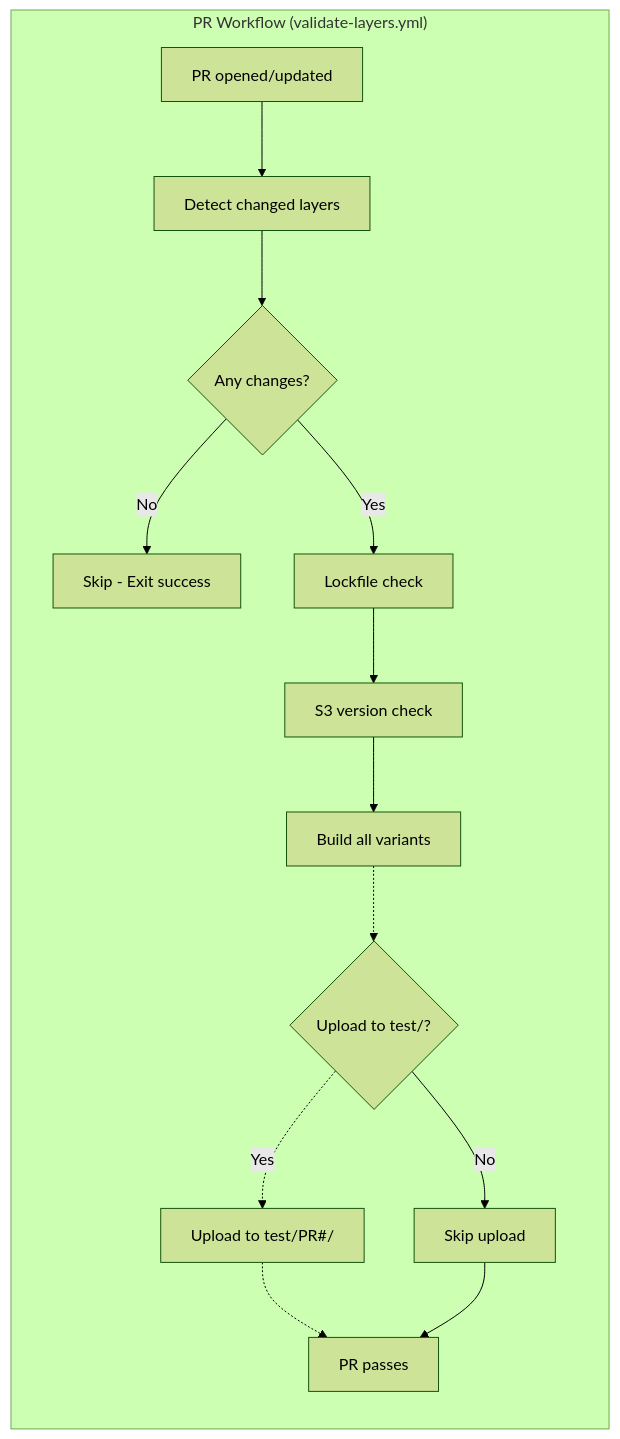
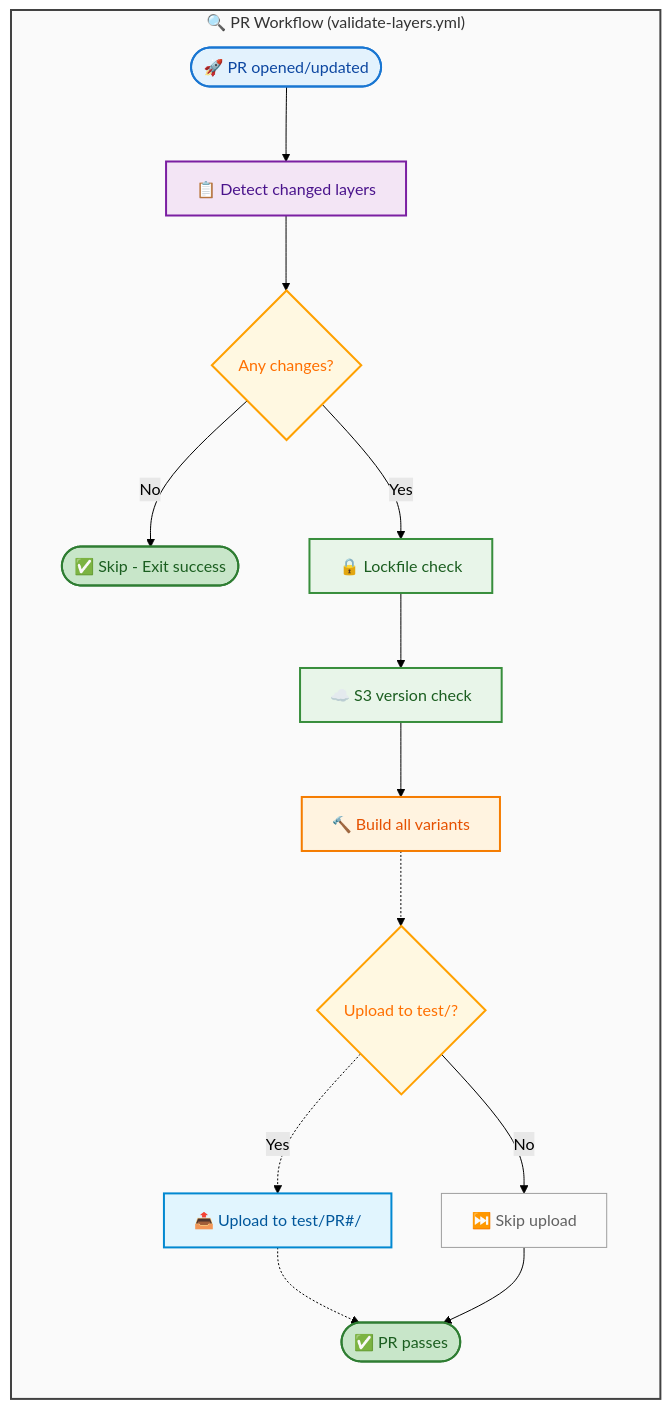
The third of 4 diagrams in README.md (luk-kop/aws-lambda-layers), drawn with Mermaid (forest theme) before and after one commit. The commit also changed other lines of this file, not shown here.

````diff
--- a/README.md
+++ b/README.md
@@ -215,17 +245,28 @@
 ```mermaid
 flowchart TB
-    subgraph PR["PR Workflow (validate-layers.yml)"]
+    subgraph PR["🔍 PR Workflow (validate-layers.yml)"]
         direction TB
-        A[PR opened/updated] --> B[Detect changed layers]
-        B --> C{Any changes?}
-        C -->|No| D[Skip - Exit success]
-        C -->|Yes| E[Lockfile check]
-        E --> F[S3 version check]
-        F --> G[Build all variants]
-        G -.-> H{Upload to test/?}
-        H -.->|Yes| I[Upload to test/PR#/]
-        H -->|No| J[Skip upload]
-        I -.-> K[PR passes]
+        A([🚀 PR opened/updated]):::trigger --> B[📋 Detect changed layers]:::detect
+        B --> C{Any changes?}:::decision
+        C -->|No| D([✅ Skip - Exit success]):::success
+        C -->|Yes| E[🔒 Lockfile check]:::validate
+        E --> F[☁️ S3 version check]:::validate
+        F --> G[🔨 Build all variants]:::build
+        G -.-> H{Upload to test/?}:::decision
+        H -.->|Yes| I[📤 Upload to test/PR#/]:::upload
+        H -->|No| J[⏭️ Skip upload]:::skip
+        I -.-> K([✅ PR passes]):::success
         J --> K
     end
+
+    classDef trigger fill:#e3f2fd,stroke:#1976d2,stroke-width:2px,color:#0d47a1
+    classDef detect fill:#f3e5f5,stroke:#7b1fa2,stroke-width:2px,color:#4a148c
+    classDef decision fill:#fff8e1,stroke:#ffa000,stroke-width:2px,color:#ff6f00
+    classDef validate fill:#e8f5e9,stroke:#388e3c,stroke-width:2px,color:#1b5e20
+    classDef build fill:#fff3e0,stroke:#f57c00,stroke-width:2px,color:#e65100
+    classDef upload fill:#e1f5fe,stroke:#0288d1,stroke-width:2px,color:#01579b
+    classDef skip fill:#fafafa,stroke:#9e9e9e,stroke-width:1px,color:#616161
+    classDef success fill:#c8e6c9,stroke:#2e7d32,stroke-width:2px,color:#1b5e20
+
+    style PR fill:#fafafa,stroke:#424242,stroke-width:2px
 ```
````
